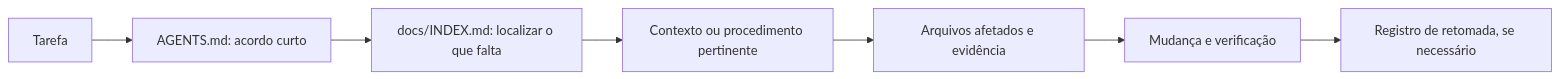
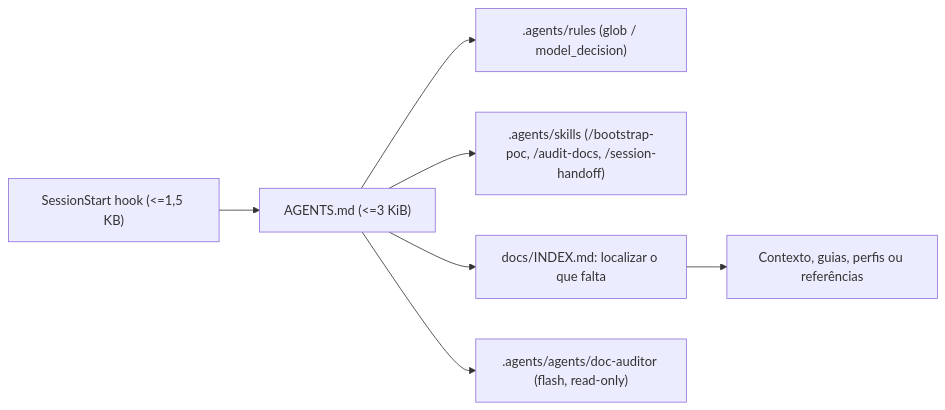
The diagram in README.md (CaioHVectorA/gravicodex-template), drawn with Mermaid before and after one commit. The commit also changed other lines of this file and 13 other files, not shown here.

````diff
--- a/README.md
+++ b/README.md
@@ -21,9 +20,9 @@
 ```mermaid
 flowchart LR
-    T["Tarefa"] --> A["AGENTS.md: acordo curto"]
+    H["SessionStart hook (<=1,5 KB)"] --> A["AGENTS.md (<=3 KiB)"]
+    A --> R[".agents/rules (glob / model_decision)"]
+    A --> S[".agents/skills (/bootstrap-poc, /audit-docs, /session-handoff)"]
     A --> I["docs/INDEX.md: localizar o que falta"]
-    I --> C["Contexto ou procedimento pertinente"]
-    C --> E["Arquivos afetados e evidência"]
-    E --> V["Mudança e verificação"]
-    V --> H["Registro de retomada, se necessário"]
+    I --> D["Contexto, guias, perfis ou referências"]
+    A --> SA[".agents/agents/doc-auditor (flash, read-only)"]
 ```
````
